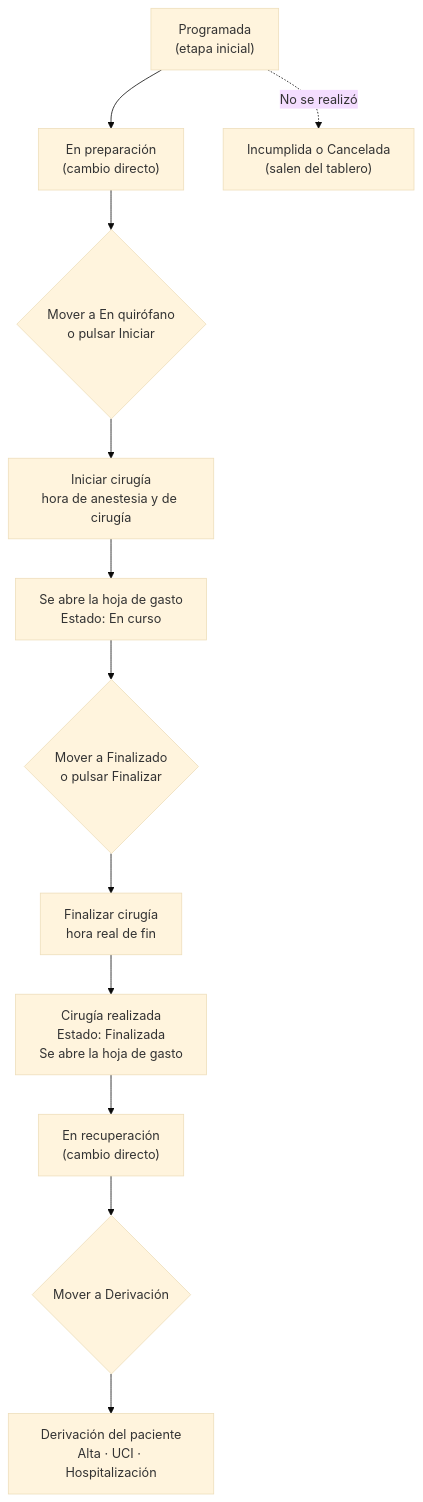
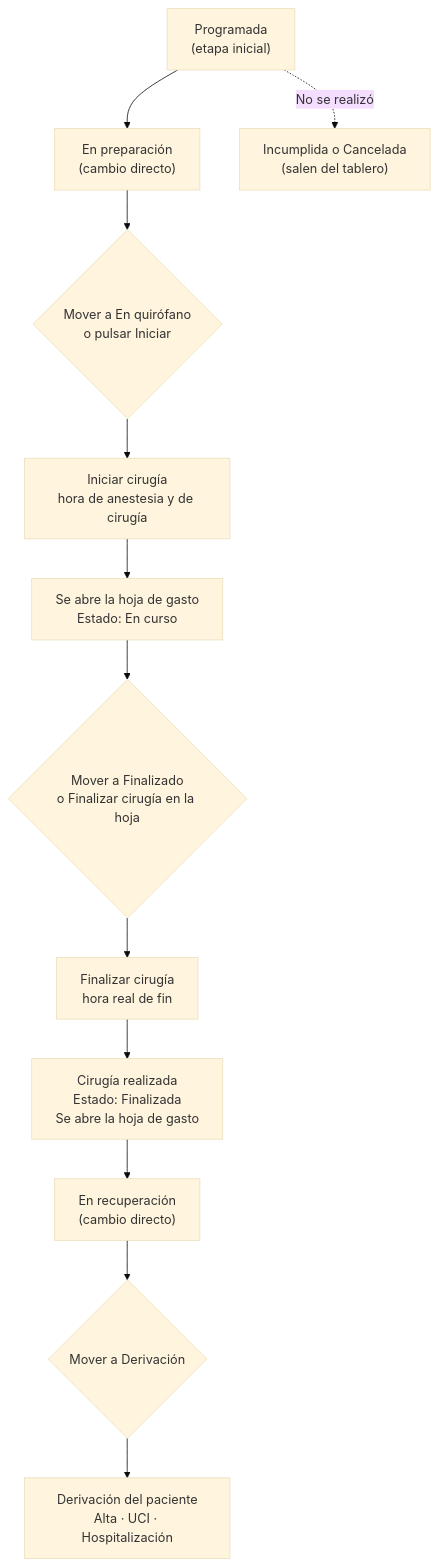
Before and after one commit to wakala1705/Clintos: the first of 2 diagrams in docs/documentacion-funcional/modulo-cirugias/panel-general-cirugias.md, drawn with Mermaid (base theme). The commit also changed other lines of this file and 3 other files, not shown here.

````diff
--- a/docs/documentacion-funcional/modulo-cirugias/panel-general-cirugias.md
+++ b/docs/documentacion-funcional/modulo-cirugias/panel-general-cirugias.md
@@ -39,14 +39,14 @@
 ```mermaid
 flowchart TD
     P["Programada<br/>(etapa inicial)"] --> EP["En preparación<br/>(cambio directo)"]
     EP --> EQ{"Mover a En quirófano<br/>o pulsar Iniciar"}
     EQ --> IN["Iniciar cirugía<br/>hora de anestesia y de cirugía"]
     IN --> HO["Se abre la hoja de gasto<br/>Estado: En curso"]
-    HO --> FI{"Mover a Finalizado<br/>o pulsar Finalizar"}
+    HO --> FI{"Mover a Finalizado<br/>o Finalizar cirugía en la hoja"}
     FI --> FF["Finalizar cirugía<br/>hora real de fin"]
     FF --> RE["Cirugía realizada<br/>Estado: Finalizada<br/>Se abre la hoja de gasto"]
     RE --> RC["En recuperación<br/>(cambio directo)"]
     RC --> DE{"Mover a Derivación"}
     DE --> DM["Derivación del paciente<br/>Alta · UCI · Hospitalización"]
     P -. "No se realizó" .-> IC["Incumplida o Cancelada<br/>(salen del tablero)"]
 ```
````
